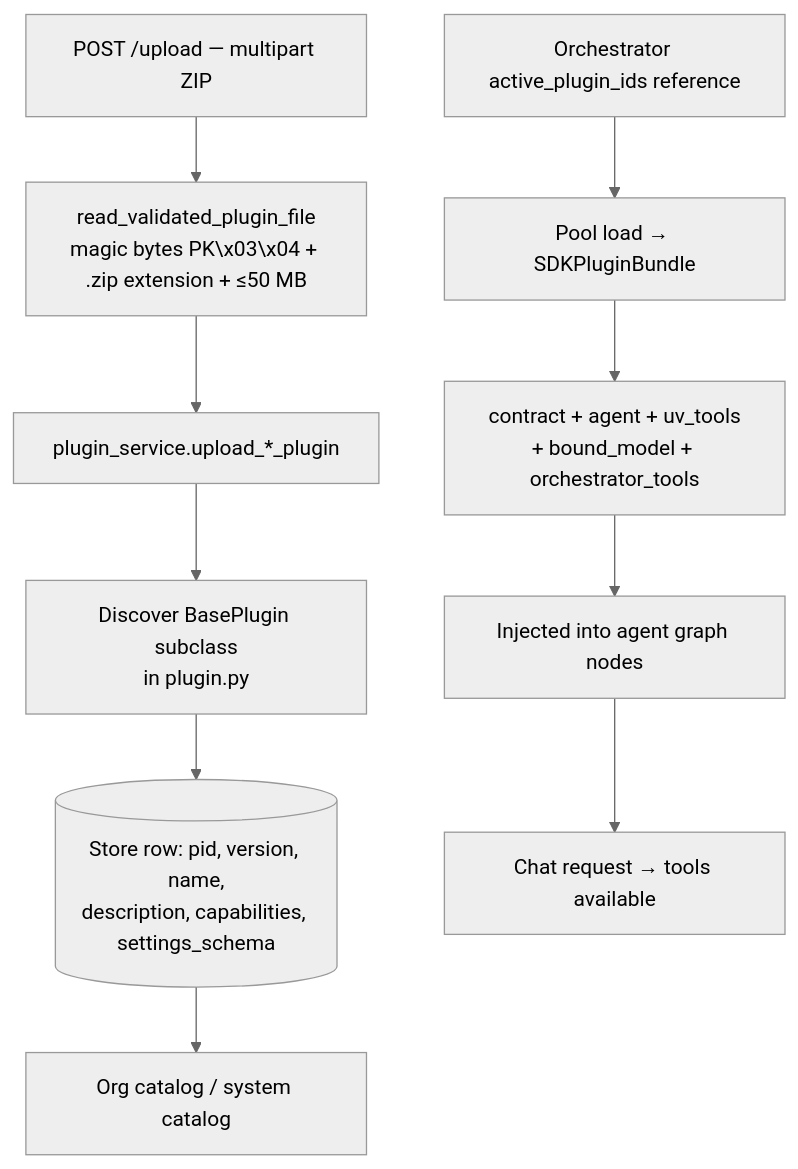
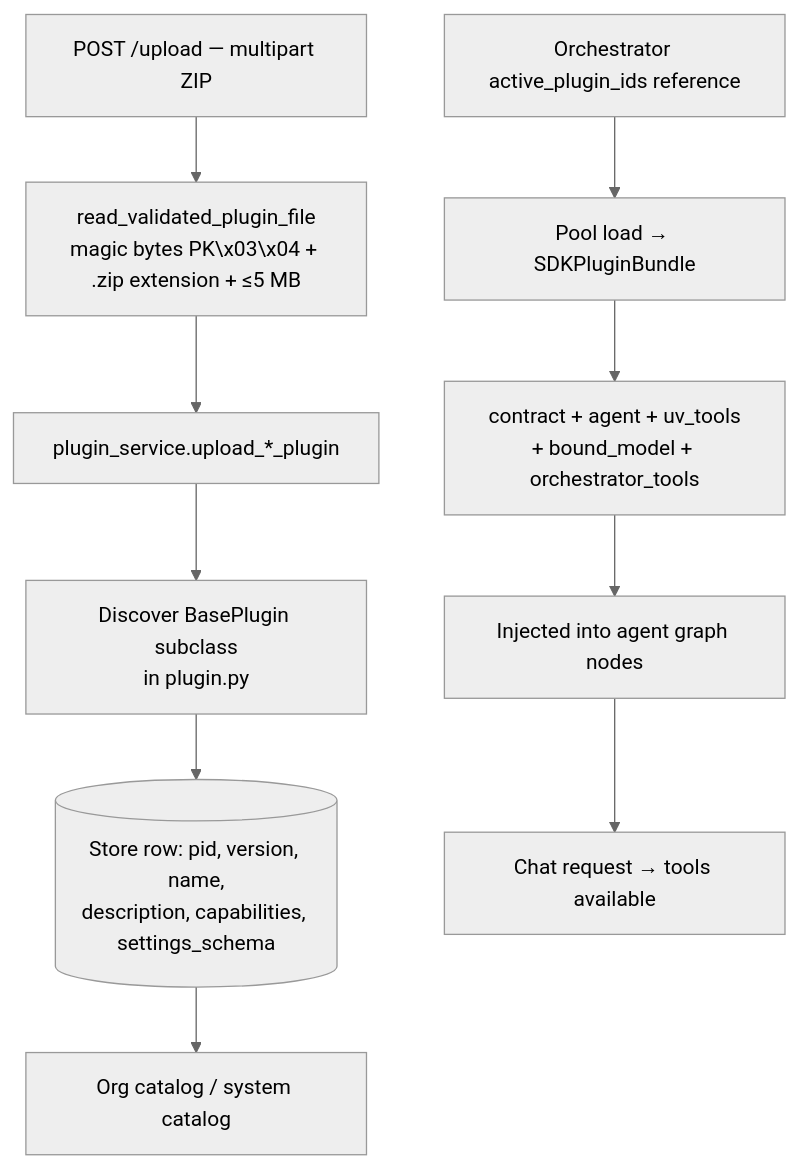
The diagram in src/content/docs/features/plugin-system.mdx (jonaskahn/cadence-docs), drawn with Mermaid (neutral theme) before and after one commit. The commit also changed other lines of this file and 1 other file, not shown here.

````diff
--- a/src/content/docs/features/plugin-system.mdx
+++ b/src/content/docs/features/plugin-system.mdx
@@ -40,13 +40,13 @@
 ```mermaid
 flowchart TD
-    UP[POST /upload — multipart ZIP] --> VAL[read_validated_plugin_file<br>magic bytes PK\x03\x04 + .zip extension + ≤50 MB]
+    UP[POST /upload — multipart ZIP] --> VAL[read_validated_plugin_file<br>magic bytes PK\x03\x04 + .zip extension + ≤5 MB]
     VAL --> SVC[plugin_service.upload_*_plugin]
     SVC --> DISC[Discover BasePlugin subclass<br>in plugin.py]
     DISC --> DB[(Store row: pid, version, name,<br>description, capabilities, settings_schema)]
     DB --> CATALOG[Org catalog / system catalog]
 
     ORCH[Orchestrator active_plugin_ids reference] --> POOL[Pool load → SDKPluginBundle]
     POOL --> BUNDLE[contract + agent + uv_tools<br>+ bound_model + orchestrator_tools]
     BUNDLE --> GRAPH[Injected into agent graph nodes]
     GRAPH --> CHAT[Chat request → tools available]
 ```
````
